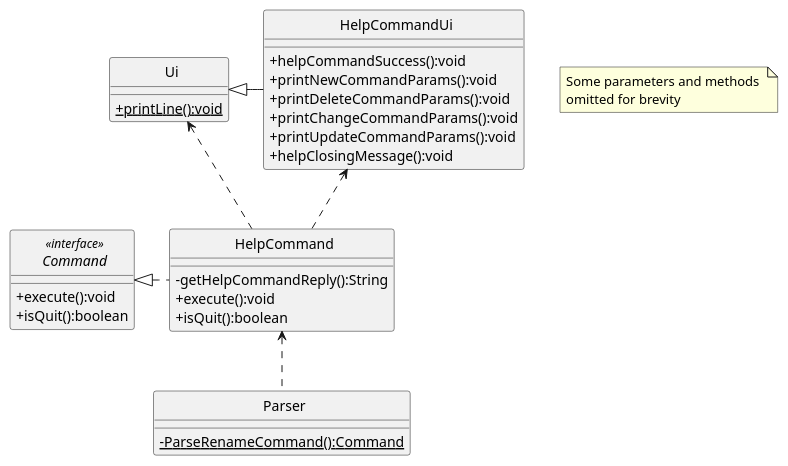
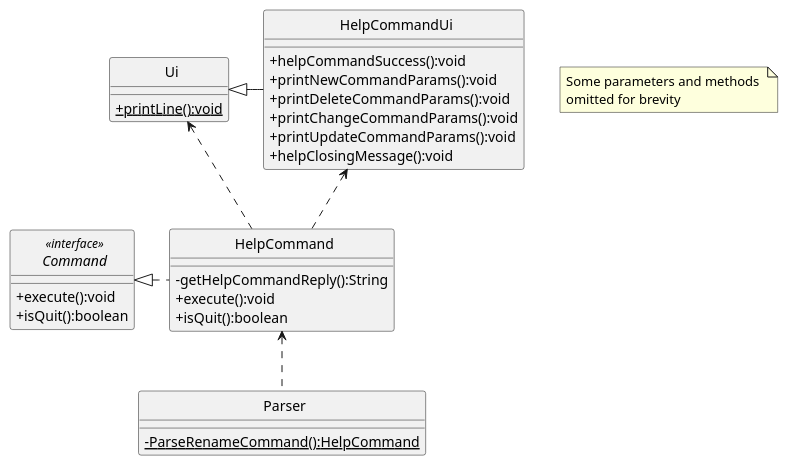
One commit to rismm/tp changed the first of 2 diagrams in docs/uml-diagrams/HelpCommand.puml. Above: the diagram before and after it, drawn with PlantUML. The commit also changed 21 other files, not shown here.

```diff
--- a/docs/uml-diagrams/HelpCommand.puml
+++ b/docs/uml-diagrams/HelpCommand.puml
@@ -1,48 +1,48 @@
 @startuml
 'https://plantuml.com/class-diagram
 skinparam classAttributeIconSize 0
 skinparam CircledCharacterFontSize 0
 skinparam CircledCharacterRadius 0
 
 interface Command
 class HelpCommandUi
 class HelpCommand
 class Parser
 class Ui
 
 Ui <|- HelpCommandUi
 HelpCommand <.. Parser
 Command <|. HelpCommand
 Ui <.. HelpCommand
 HelpCommandUi <.. HelpCommand
 
 interface Command <<interface>> {
     +execute():void
     +isQuit():boolean
 }
 class HelpCommand {
     -getHelpCommandReply():String
     +execute():void
     +isQuit():boolean
 }
 
 class Ui {
     {static}+printLine():void
 }
 
 class HelpCommandUi {
 +helpCommandSuccess():void
 +printNewCommandParams():void
 +printDeleteCommandParams():void
 +printChangeCommandParams():void
 +printUpdateCommandParams():void
 +helpClosingMessage():void
 }
 
 class Parser {
-    {static}-ParseRenameCommand():Command
+    {static}-ParseRenameCommand():HelpCommand
 }
 
 note "Some parameters and methods \nomitted for brevity" as n1
 
 @enduml
```
